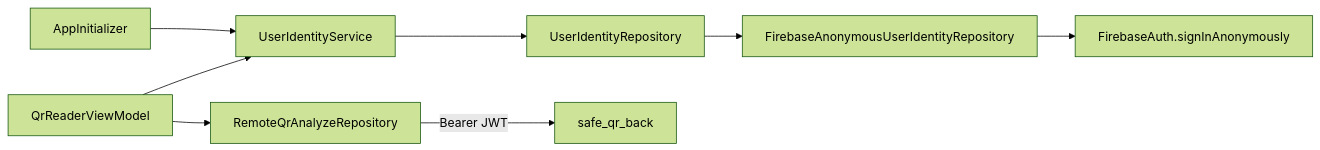
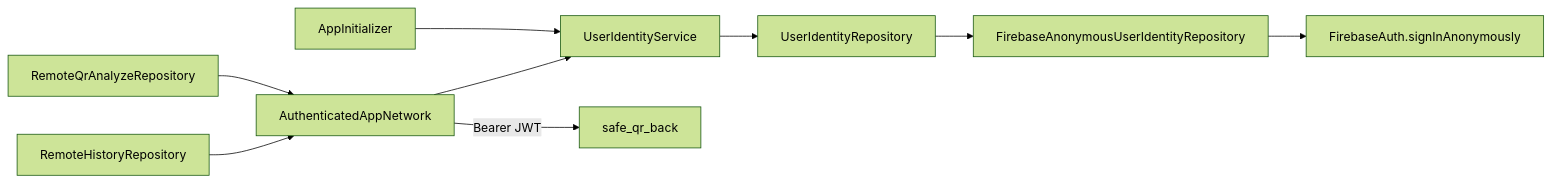
The diagram in safe_qr_app/docs/17-identidade-firebase-anonymous.md (AndreWar10/SafeQR), drawn with Mermaid (forest theme) before and after one commit. The commit also changed other lines of this file and 25 other files, not shown here.

Commit message:
feat: enhance Safe QR app with Bearer JWT authentication for remote API calls and update documentation for local and remote history management

````diff
--- a/safe_qr_app/docs/17-identidade-firebase-anonymous.md
+++ b/safe_qr_app/docs/17-identidade-firebase-anonymous.md
@@ -13,10 +13,11 @@
 ```mermaid
 flowchart LR
   Init[AppInitializer] --> UIS[UserIdentityService]
-  VM[QrReaderViewModel] --> UIS
   UIS --> Repo[UserIdentityRepository]
   Repo --> Impl[FirebaseAnonymousUserIdentityRepository]
   Impl --> Auth[FirebaseAuth.signInAnonymously]
-  VM --> API[RemoteQrAnalyzeRepository]
-  API -->|Bearer JWT| Back[safe_qr_back]
+  Net[AuthenticatedAppNetwork] --> UIS
+  Analyze[RemoteQrAnalyzeRepository] --> Net
+  History[RemoteHistoryRepository] --> Net
+  Net -->|Bearer JWT| Back[safe_qr_back]
 ```
````
